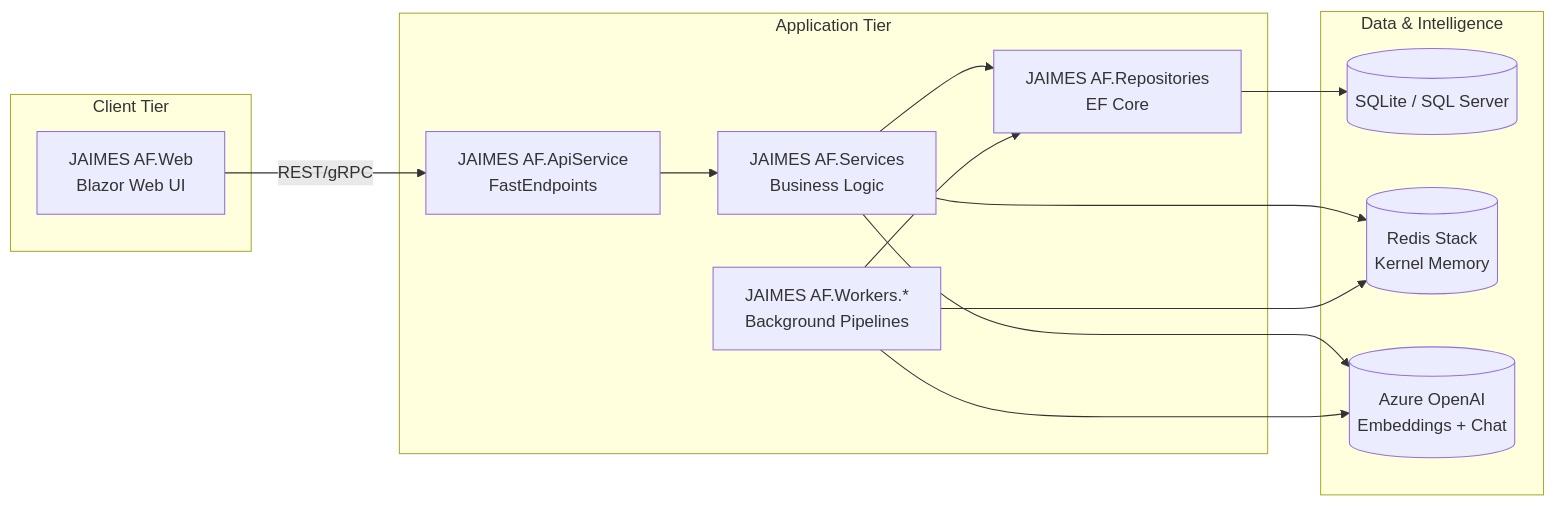
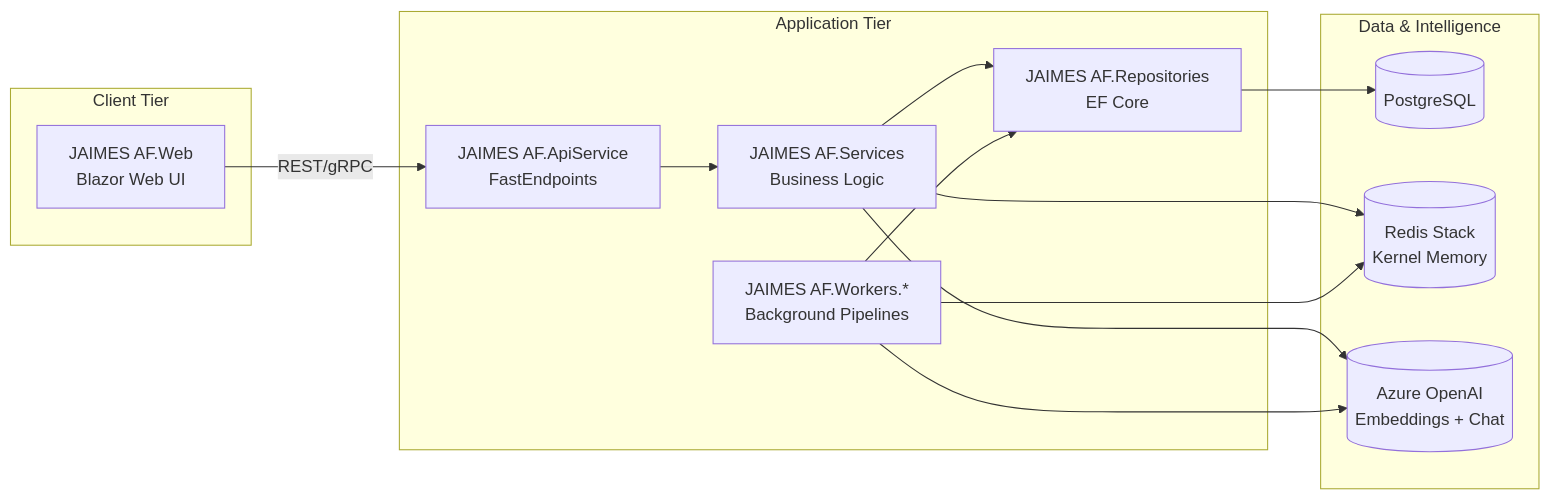
Before and after one commit to IntegerMan/JAIMES-AF: the first of 2 diagrams in README.md, drawn with Mermaid. The commit also changed other lines of this file and 14 other files, not shown here.

First line of the commit message:
Refactor: Switch default database to PostgreSQL

````diff
--- a/README.md
+++ b/README.md
@@ -12,27 +12,27 @@
 ```mermaid
 flowchart LR
     subgraph Client Tier
         Blazor[JAIMES AF.Web\nBlazor Web UI]
     end
     subgraph Application Tier
         ApiService[JAIMES AF.ApiService\nFastEndpoints]
         Services[JAIMES AF.Services\nBusiness Logic]
         Repos[JAIMES AF.Repositories\nEF Core]
         Workers[JAIMES AF.Workers.*\nBackground Pipelines]
     end
     subgraph Data & Intelligence
-        SQLite[(SQLite / SQL Server)]
+        PostgreSQL[(PostgreSQL)]
         Redis[(Redis Stack\nKernel Memory)]
         AOAI[(Azure OpenAI\nEmbeddings + Chat)]
     end
 
     Blazor -->|REST/gRPC| ApiService
     ApiService --> Services
     Services --> Repos
-    Repos --> SQLite
+    Repos --> PostgreSQL
     Services --> Redis
     Services --> AOAI
     Workers --> Redis
     Workers --> Repos
     Workers --> AOAI
 ```
````
